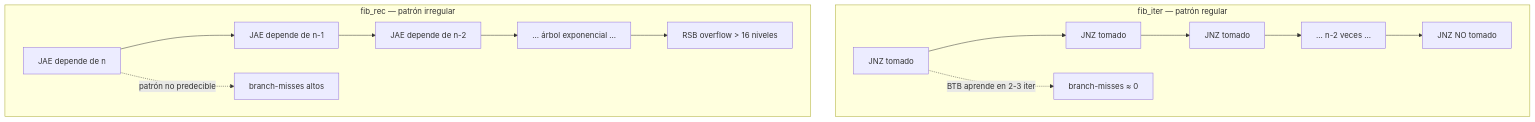
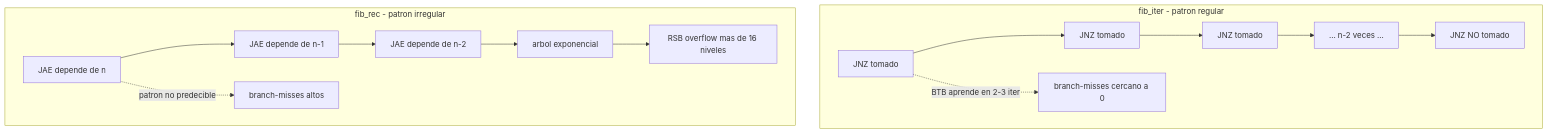
The fifth of 5 diagrams in isa.md (dsaucedol14/MEMARCH), drawn with Mermaid before and after one commit. The commit also changed other lines of this file, not shown here.

````diff
--- a/isa.md
+++ b/isa.md
@@ -496,18 +498,18 @@
 ```mermaid
 flowchart TD
-    subgraph "fib_iter — patrón regular"
+    subgraph ITER["fib_iter - patron regular"]
         I1[JNZ tomado] --> I2[JNZ tomado]
         I2 --> I3[JNZ tomado]
-        I3 --> I4[... n-2 veces ...]
+        I3 --> I4["... n-2 veces ..."]
         I4 --> I5[JNZ NO tomado]
-        I1 -.->|BTB aprende en 2-3 iter| OK[branch-misses ≈ 0]
+        I1 -.->|BTB aprende en 2-3 iter| OK["branch-misses cercano a 0"]
     end
 
-    subgraph "fib_rec — patrón irregular"
-        R1[JAE depende de n] --> R2[JAE depende de n-1]
-        R2 --> R3[JAE depende de n-2]
-        R3 --> R4[... árbol exponencial ...]
-        R4 --> R5[RSB overflow > 16 niveles]
-        R1 -.->|patrón no predecible| BAD[branch-misses altos]
+    subgraph REC["fib_rec - patron irregular"]
+        R1["JAE depende de n"] --> R2["JAE depende de n-1"]
+        R2 --> R3["JAE depende de n-2"]
+        R3 --> R4["arbol exponencial"]
+        R4 --> R5["RSB overflow mas de 16 niveles"]
+        R1 -.->|patron no predecible| BAD["branch-misses altos"]
     end
 ```
````
